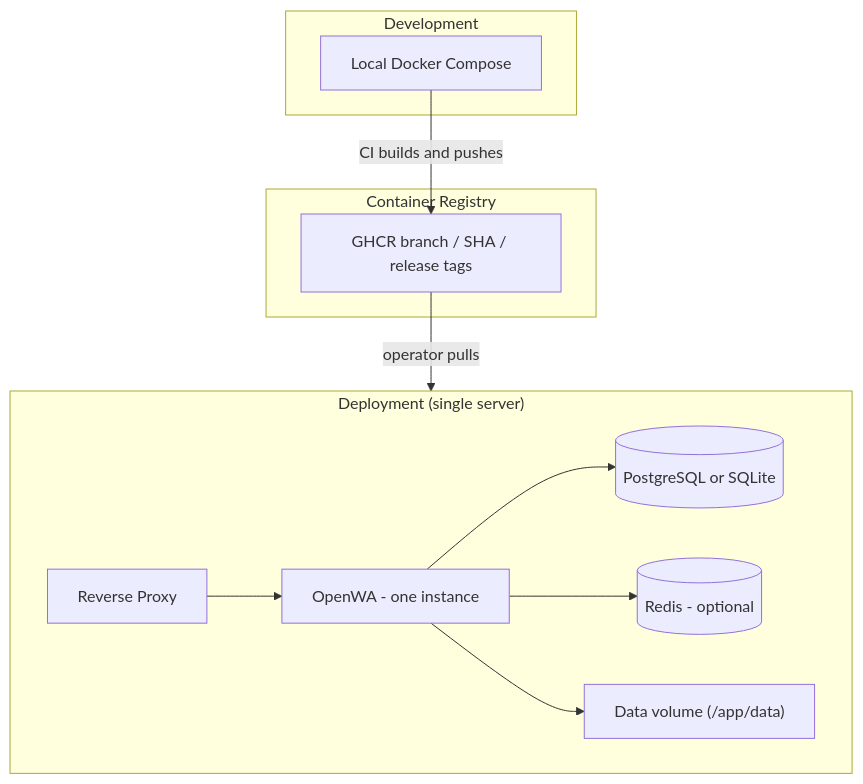
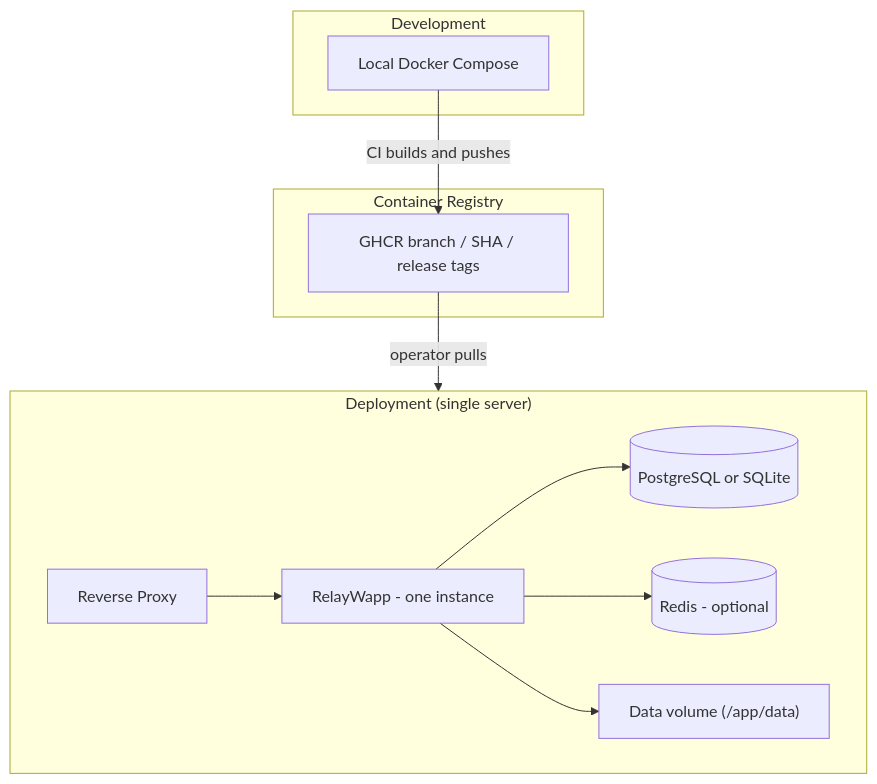
Before and after one commit to FaisalKabirGalib/whitelabel-whatsapp-gateway: the first of 5 diagrams in docs/10-devops-infrastructure.md, drawn with Mermaid. The commit also changed other lines of this file and 51 other files, not shown here.

Commit message:
docs: rebrand documentation for RelayWapp

````diff
--- a/docs/10-devops-infrastructure.md
+++ b/docs/10-devops-infrastructure.md
@@ -16,21 +16,21 @@
 ```mermaid
 flowchart TB
     subgraph Development["Development"]
         DEV[Local Docker Compose]
     end
 
     subgraph Registry["Container Registry"]
         GHCR["GHCR branch / SHA / release tags"]
     end
 
     subgraph Deployment["Deployment (single server)"]
         PROXY[Reverse Proxy]
-        PROXY --> APP[OpenWA - one instance]
+        PROXY --> APP[RelayWapp - one instance]
         APP --> DB[(PostgreSQL or SQLite)]
         APP --> REDIS[(Redis - optional)]
         APP --> VOL["Data volume (/app/data)"]
     end
 
     DEV --> |CI builds and pushes| GHCR
     GHCR --> |operator pulls| Deployment
 ```
````
